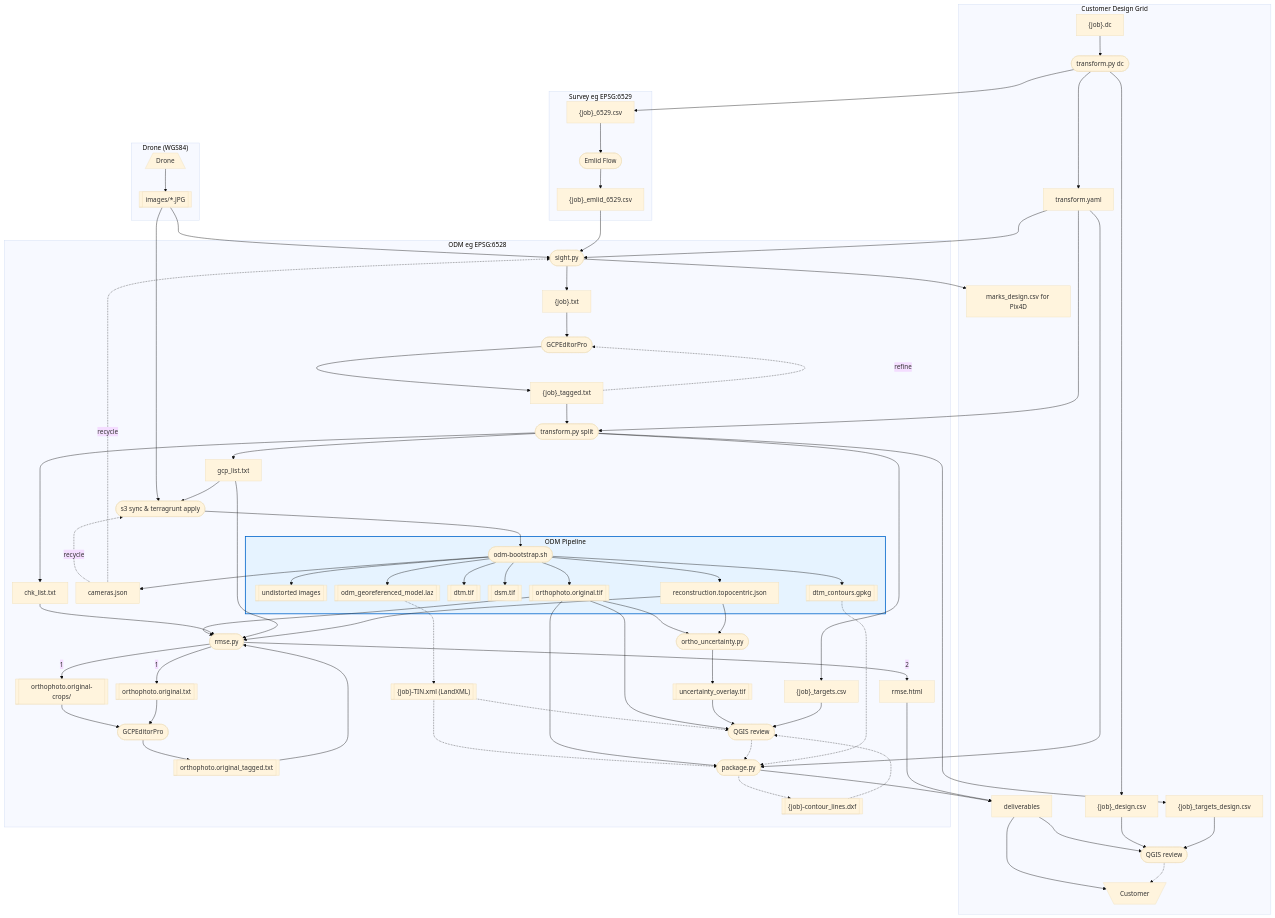
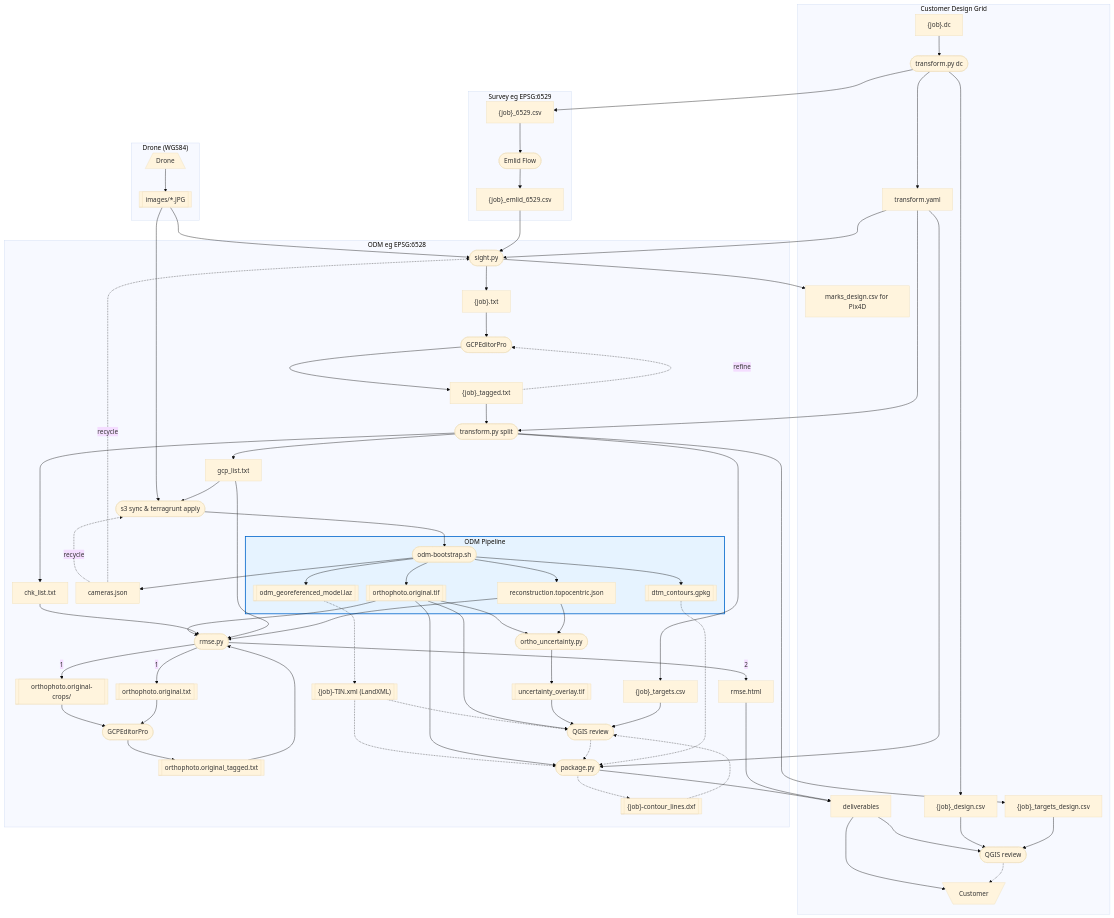
One commit to jrstear/geo changed the diagram in docs/odm-workflow.md. Above: the diagram before and after it, drawn with Mermaid.

Commit message:
docs: drop dtm/dsm/undistorted nodes from workflow diagram
These three nodes had only `odm -->` incoming edges and no outgoing
edges — they're produced by ODM but not consumed by anything downstream
in the geo pipeline.  ODM's --contours flag still needs --dtm to feed
contour generation internally, but that handoff is hidden inside the
`odm` node; externally the diagram now shows `odm --> contours_gpkg`
directly.

Removed:
  dtm[["dtm.tif"]]              — only consumer was ODM-internal
  dsm[["dsm.tif"]]              — no consumer (true_ortho was abandoned)
  undistorted[["undistorted images"]] — strictly an ODM intermediate

Net: the ODM Pipeline subgraph now shows only the 5 artifacts that flow
out: odm, orthophoto, pointcloud, contours_gpkg, model.

```diff
--- a/docs/odm-workflow.md
+++ b/docs/odm-workflow.md
@@ -32,10 +32,7 @@
     uncertainty(["ortho_uncertainty.py"])
     drone[/"Drone"\]
     images[["images/*.JPG"]]
-    undistorted[["undistorted images"]]
     pointcloud[["odm_georeferenced_model.laz"]]
-    dtm[["dtm.tif"]]
-    dsm[["dsm.tif"]]
     contours_gpkg[["dtm_contours.gpkg"]]
     tin[["{job}-TIN.xml (LandXML)"]]
     contours[["{job}-contour_lines.dxf"]]
@@ -87,11 +84,8 @@
             odm
             orthophoto
             pointcloud
-            dtm
-            dsm
             contours_gpkg
             model
-            undistorted
         end
         tin
         contours
@@ -135,11 +129,8 @@
     odm --> model
     cameras -.-> |recycle| launch_odm
     cameras -.-> |recycle| sight
-    odm --> undistorted
     odm --> orthophoto
     odm --> pointcloud
-    odm --> dtm
-    odm --> dsm
     odm --> contours_gpkg
     odm --> cameras
     rmse --> |2| report
```
